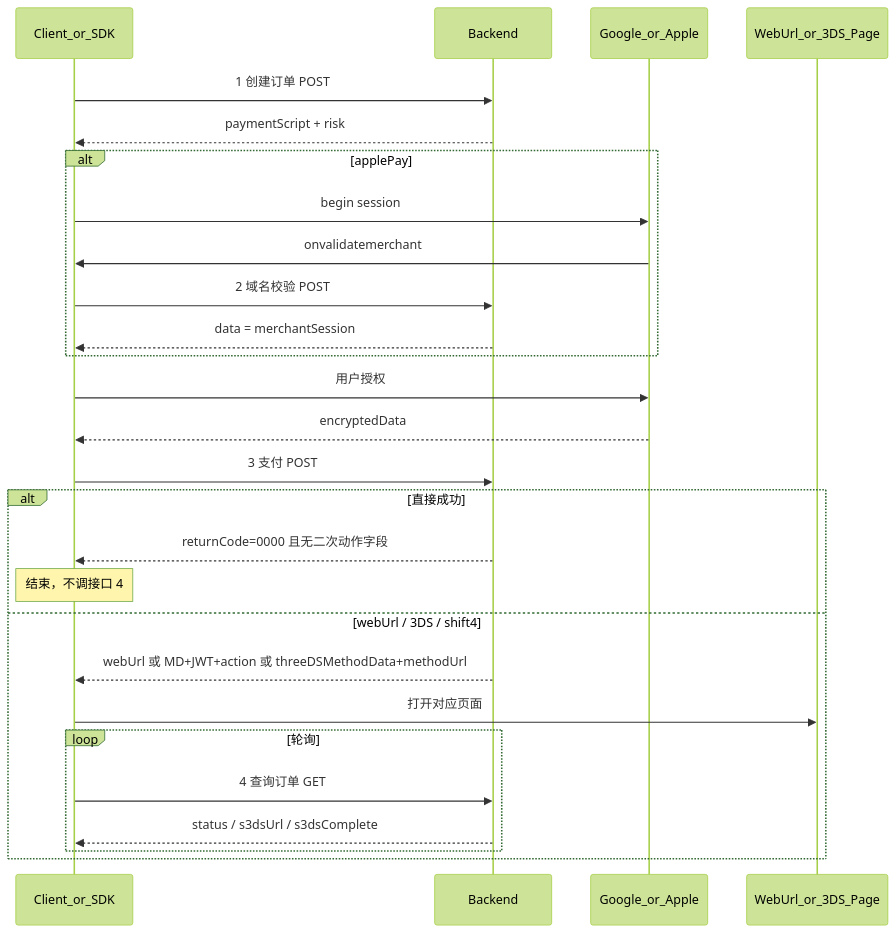
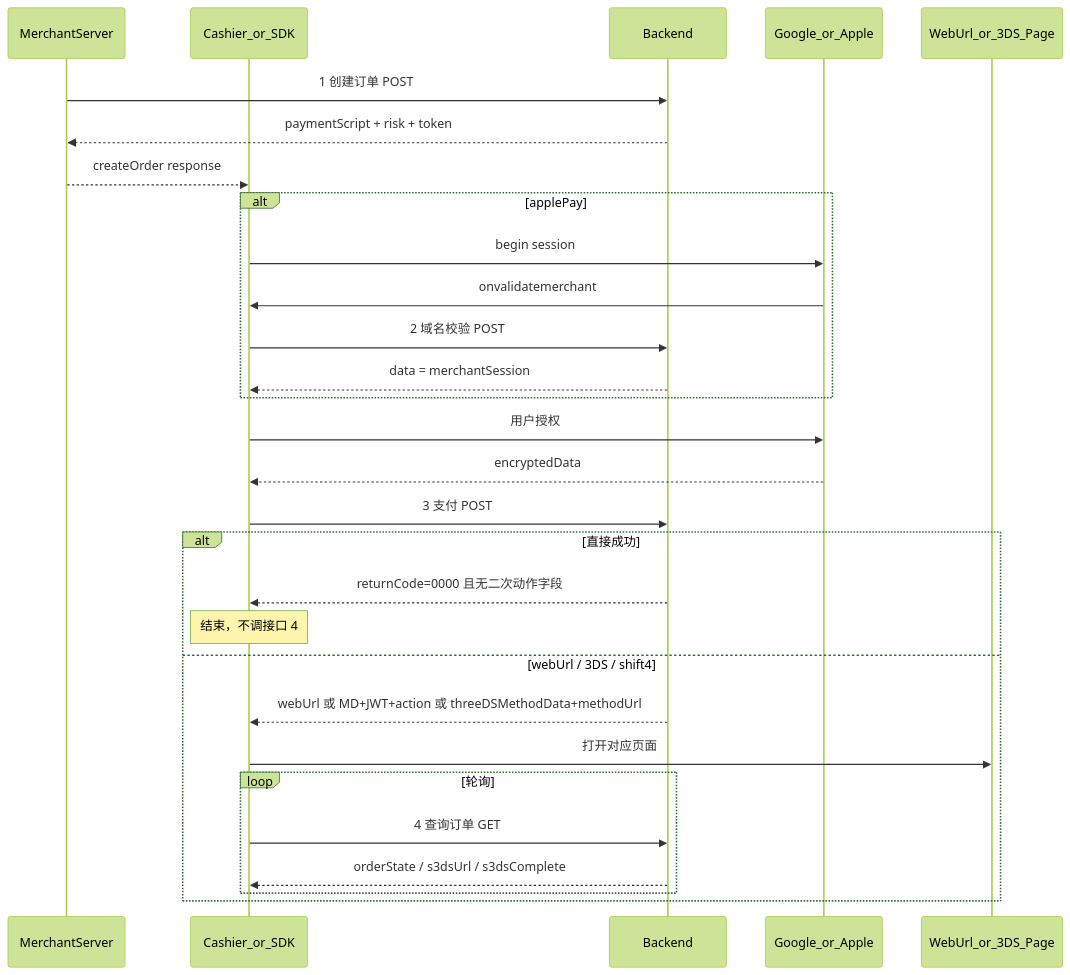
Before and after one commit to zhizi1005/pay-sdk-mvp: the diagram in docs/pay-api/README.md, drawn with Mermaid (forest theme). The commit also changed other lines of this file and 8 other files, not shown here.

First line of the commit message:
Clarify SDK merchant docs for callback semantics and iOS WebView.

````diff
--- a/docs/pay-api/README.md
+++ b/docs/pay-api/README.md
@@ -50,30 +50,32 @@
 ```mermaid
 sequenceDiagram
-  participant M as Client_or_SDK
+  participant MerchantServer
+  participant M as Cashier_or_SDK
   participant API as Backend
   participant Wallet as Google_or_Apple
   participant Page as WebUrl_or_3DS_Page
 
-  M->>API: 1 创建订单 POST
-  API-->>M: paymentScript + risk
+  MerchantServer->>API: 1 创建订单 POST
+  API-->>MerchantServer: paymentScript + risk + token
+  MerchantServer-->>M: createOrder response
   alt applePay
     M->>Wallet: begin session
     Wallet->>M: onvalidatemerchant
     M->>API: 2 域名校验 POST
     API-->>M: data = merchantSession
   end
   M->>Wallet: 用户授权
   Wallet-->>M: encryptedData
   M->>API: 3 支付 POST
   alt 直接成功
     API-->>M: returnCode=0000 且无二次动作字段
     Note over M: 结束，不调接口 4
   else webUrl / 3DS / shift4
     API-->>M: webUrl 或 MD+JWT+action 或 threeDSMethodData+methodUrl
     M->>Page: 打开对应页面
     loop 轮询
       M->>API: 4 查询订单 GET
-      API-->>M: status / s3dsUrl / s3dsComplete
+      API-->>M: orderState / s3dsUrl / s3dsComplete
     end
   end
 ```
````
